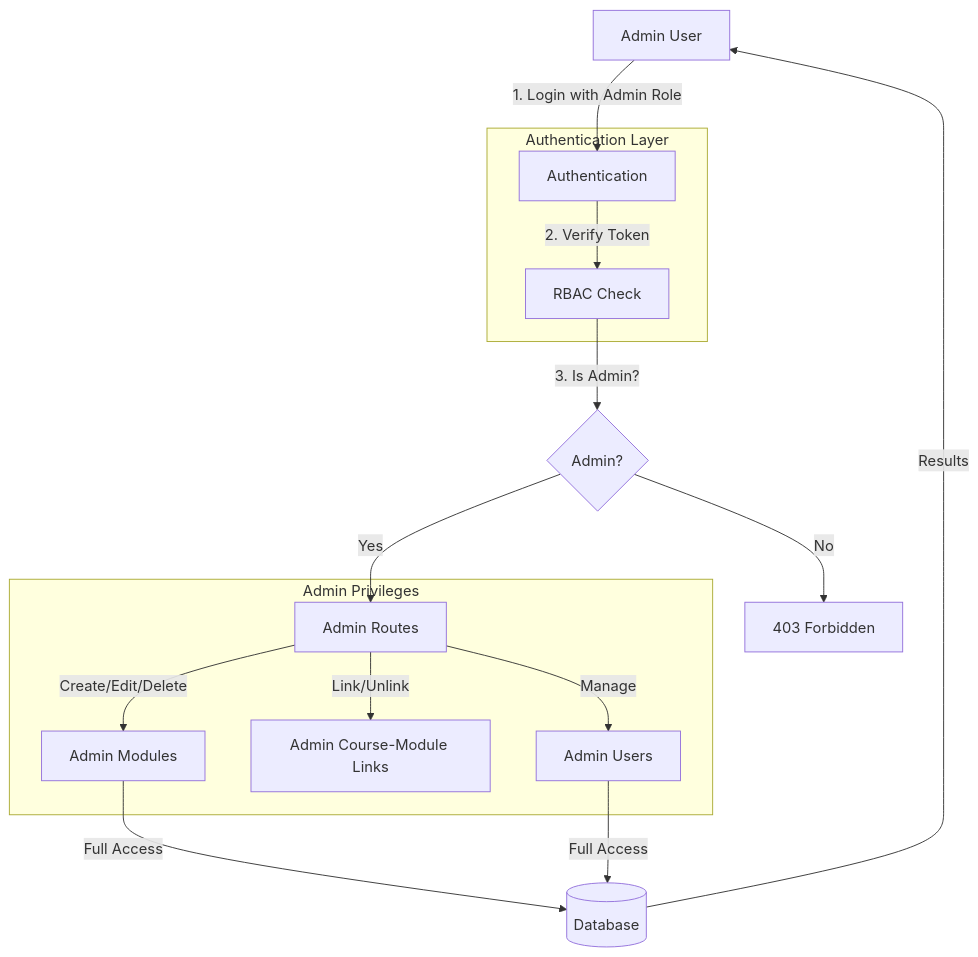
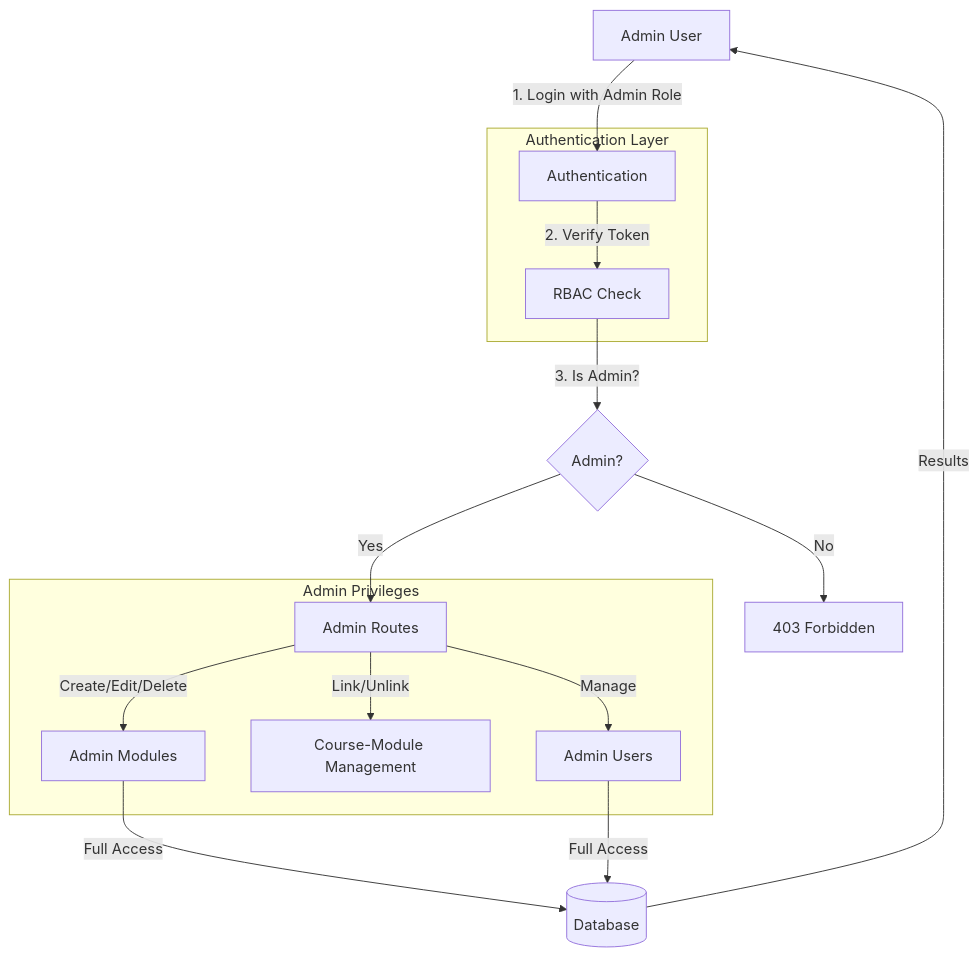
The second of 4 diagrams in SYSTEM_OVERVIEW.md (Sarwarhridoy4/StudyVault), drawn with Mermaid before and after one commit. The commit also changed other lines of this file and 14 other files, not shown here.

````diff
--- a/SYSTEM_OVERVIEW.md
+++ b/SYSTEM_OVERVIEW.md
@@ -117,25 +121,25 @@
 ```mermaid
 graph TD
     AD[Admin User] -->|1. Login with Admin Role| AUTH[Authentication]
     AUTH -->|2. Verify Token| RBAC[RBAC Check]
     
     subgraph "Authentication Layer"
     AUTH
     RBAC
     end
     
     RBAC -->|3. Is Admin?| YES{Admin?}
     YES -->|Yes| ADMIN[Admin Routes]
     YES -->|No| DENY[403 Forbidden]
     
     subgraph "Admin Privileges"
     ADMIN -->|Create/Edit/Delete| AI[Admin Modules]
-    ADMIN -->|Link/Unlink| AC[Admin Course-Module Links]
+    ADMIN -->|Link/Unlink| AC[Course-Module Management]
     ADMIN -->|Manage| AU[Admin Users]
     end
     
     AI -->|Full Access| DB[(Database)]
     AU -->|Full Access| DB
     
     DB -->|Results| AD
 ```
````
